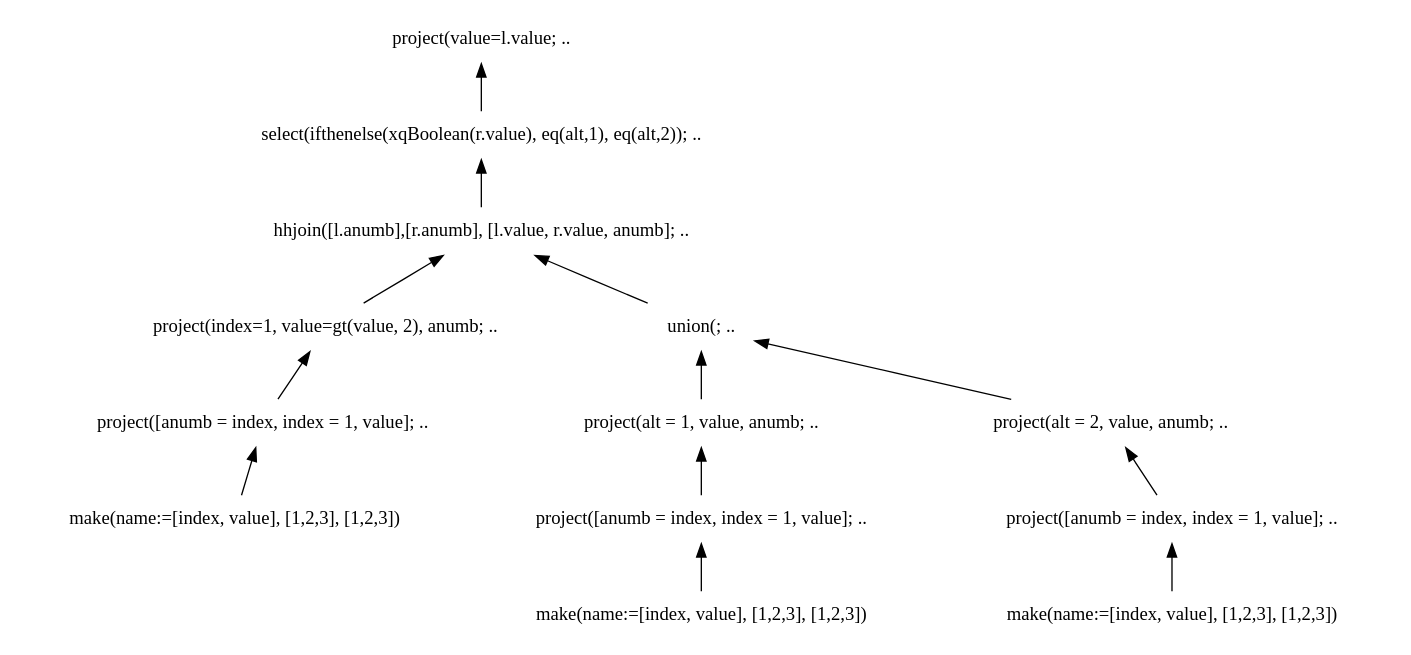
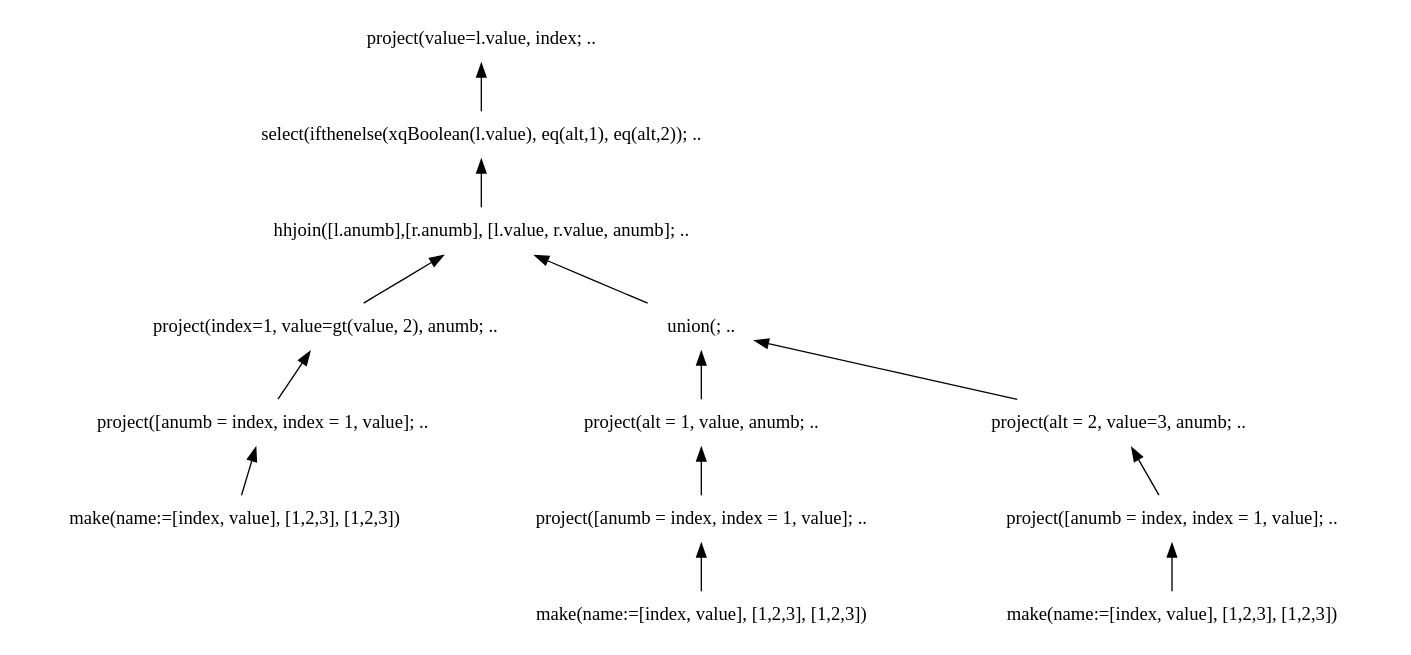
Before and after one commit to andrerav/xqft-parser: the diagram in doc/graph_src/ifthenelse.dot, drawn with Graphviz. The commit also changed 5 other files, not shown here.

```diff
--- a/doc/graph_src/ifthenelse.dot
+++ b/doc/graph_src/ifthenelse.dot
@@ -1,35 +1,35 @@
 digraph AST {
 edge [color=black, dir=both, weight=1, fontcolor=black, fontname=Helvetica, arrowhead=none,arrowtail=normal]
 node [shape=plaintext]
 
 project1231->make1231
 project1232->make1232
 project1233->make1233
 make1231 [label="make(name:=[index, value], [1,2,3], [1,2,3])"]
 make1232 [label="make(name:=[index, value], [1,2,3], [1,2,3])"]
 make1233 [label="make(name:=[index, value], [1,2,3], [1,2,3])"]
 project1231 [label="project([anumb = index, index = 1, value]; .."]
 project1232 [label="project([anumb = index, index = 1, value]; .."]
 project1233 [label="project([anumb = index, index = 1, value]; .."]
 
-project1 [label="project(value=l.value; .."]
+project1 [label="project(value=l.value, index; .."]
 project2 [label="project(alt = 1, value, anumb; .."]
-project3 [label="project(alt = 2, value, anumb; .."]
+project3 [label="project(alt = 2, value=3, anumb; .."]
 project4 [label=" project(index=1, value=gt(value, 2), anumb; .."]
 
-select1 [label="select(ifthenelse(xqBoolean(r.value), eq(alt,1), eq(alt,2)); .."]
+select1 [label="select(ifthenelse(xqBoolean(l.value), eq(alt,1), eq(alt,2)); .."]
 
 hhjoin1 [label="hhjoin([l.anumb],[r.anumb], [l.value, r.value, anumb]; .."]
 
 union1 [label="union(; .."]
 
 project1->select1
   select1->hhjoin1
     hhjoin1->union1
       union1->project2
         project2->project1231
       union1->project3
         project3->project1232
     hhjoin1->project4
       project4->project1233
 }
```
